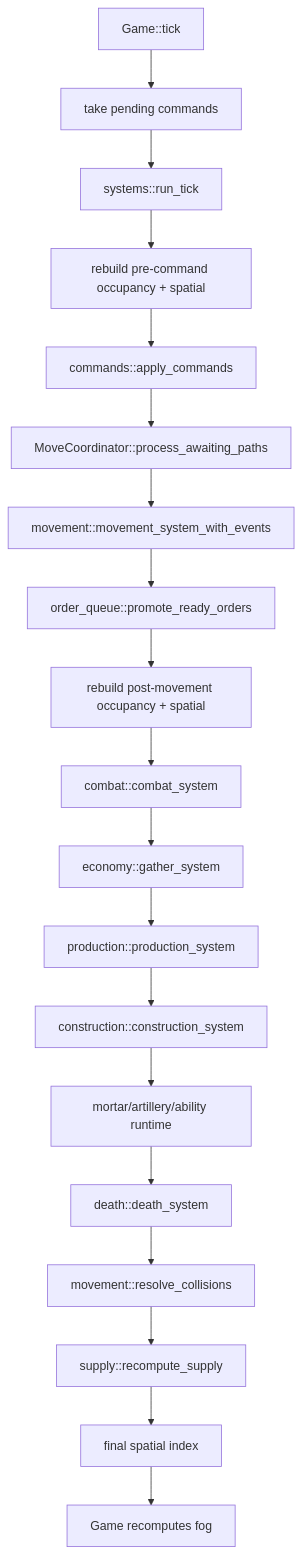
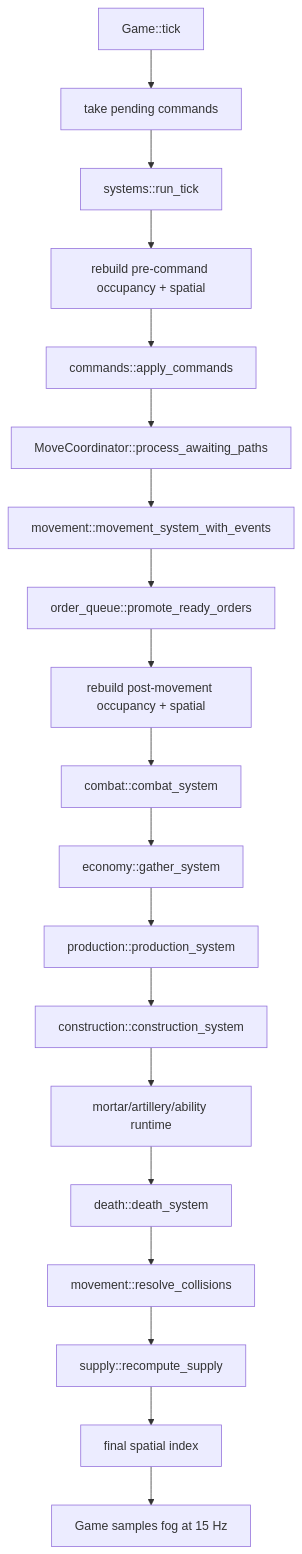
Before and after one commit to zvory/rts-0: the fourth of 8 diagrams in docs/design/server-architecture-walkthrough.md, drawn with Mermaid. The commit also changed other lines of this file and 14 other files, not shown here.

````diff
--- a/docs/design/server-architecture-walkthrough.md
+++ b/docs/design/server-architecture-walkthrough.md
@@ -173,21 +173,21 @@
 ```mermaid
 flowchart TD
     Tick["Game::tick"] --> Pending["take pending commands"]
     Pending --> Run["systems::run_tick"]
     Run --> C0["rebuild pre-command occupancy + spatial"]
     C0 --> Commands["commands::apply_commands"]
     Commands --> Paths1["MoveCoordinator::process_awaiting_paths"]
     Paths1 --> Movement["movement::movement_system_with_events"]
     Movement --> Queue["order_queue::promote_ready_orders"]
     Queue --> C1["rebuild post-movement occupancy + spatial"]
     C1 --> Combat["combat::combat_system"]
     Combat --> Economy["economy::gather_system"]
     Economy --> Production["production::production_system"]
     Production --> Construction["construction::construction_system"]
     Construction --> Impacts["mortar/artillery/ability runtime"]
     Impacts --> Death["death::death_system"]
     Death --> Collision["movement::resolve_collisions"]
     Collision --> Supply["supply::recompute_supply"]
     Supply --> Final["final spatial index"]
-    Final --> Fog["Game recomputes fog"]
+    Final --> Fog["Game samples fog at 15 Hz"]
 ```
````
